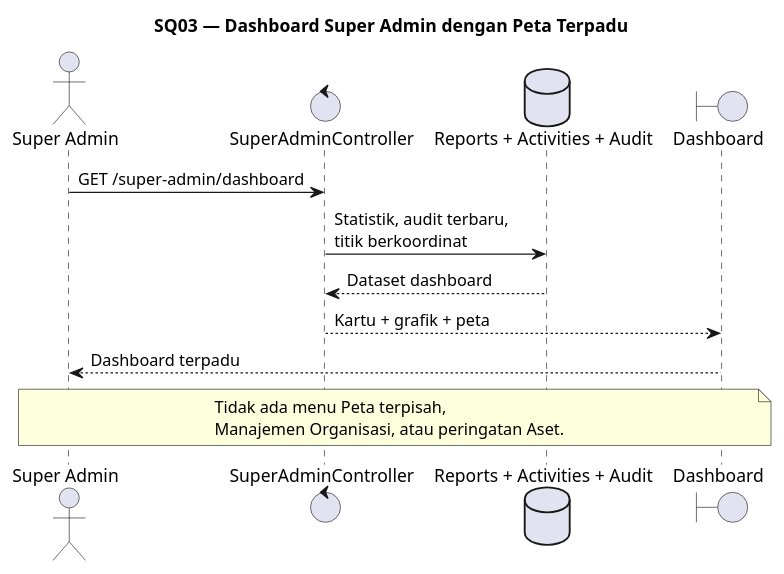
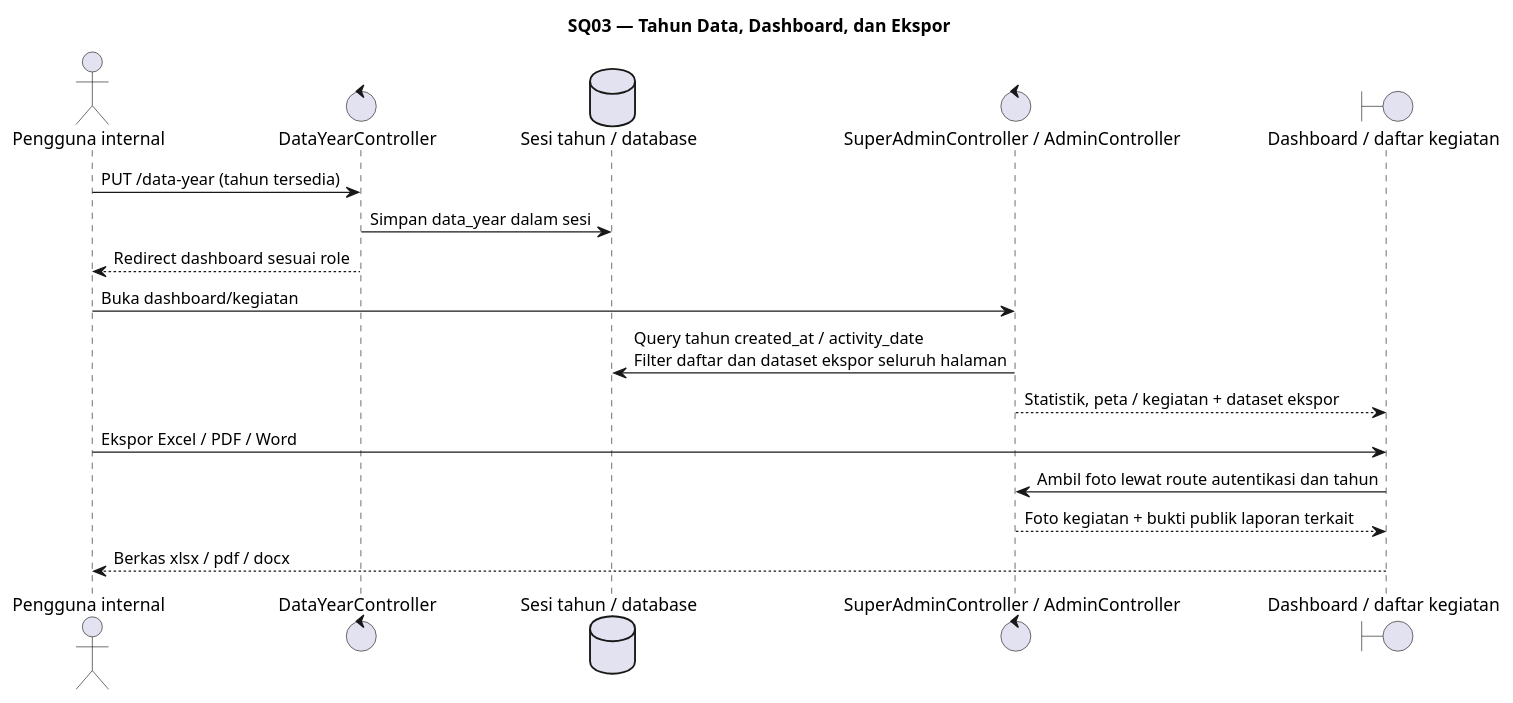
The third of 3 diagrams in docs/SIPRAJA-sequence.puml (Samuel-smr/Satpolpp), drawn with PlantUML before and after one commit. The commit also changed other lines of this file and 17 other files, not shown here.

Commit message:
Perbarui dokumentasi dan diagram SIPRAJA sesuai sistem terkini

```diff
--- a/docs/SIPRAJA-sequence.puml
+++ b/docs/SIPRAJA-sequence.puml
@@ -50,17 +74,18 @@
 @startuml
-title SQ03 — Dashboard Super Admin dengan Peta Terpadu
-actor "Super Admin" as SA
-control SuperAdminController as SC
-database "Reports + Activities + Audit" as DB
-boundary Dashboard as UI
-
-SA -> SC : GET /super-admin/dashboard
-SC -> DB : Statistik, audit terbaru,\ntitik berkoordinat
-DB --> SC : Dataset dashboard
-SC --> UI : Kartu + grafik + peta
-UI --> SA : Dashboard terpadu
-note over SA,UI
-Tidak ada menu Peta terpisah,
-Manajemen Organisasi, atau peringatan Aset.
-end note
+title SQ03 — Tahun Data, Dashboard, dan Ekspor
+actor "Pengguna internal" as User
+control DataYearController as DYC
+database "Sesi tahun / database" as DB
+control "SuperAdminController / AdminController" as C
+boundary "Dashboard / daftar kegiatan" as UI
+User -> DYC : PUT /data-year (tahun tersedia)
+DYC -> DB : Simpan data_year dalam sesi
+DYC --> User : Redirect dashboard sesuai role
+User -> C : Buka dashboard/kegiatan
+C -> DB : Query tahun created_at / activity_date\nFilter daftar dan dataset ekspor seluruh halaman
+C --> UI : Statistik, peta / kegiatan + dataset ekspor
+User -> UI : Ekspor Excel / PDF / Word
+UI -> C : Ambil foto lewat route autentikasi dan tahun
+C --> UI : Foto kegiatan + bukti publik laporan terkait
+UI --> User : Berkas xlsx / pdf / docx
 @enduml
```
